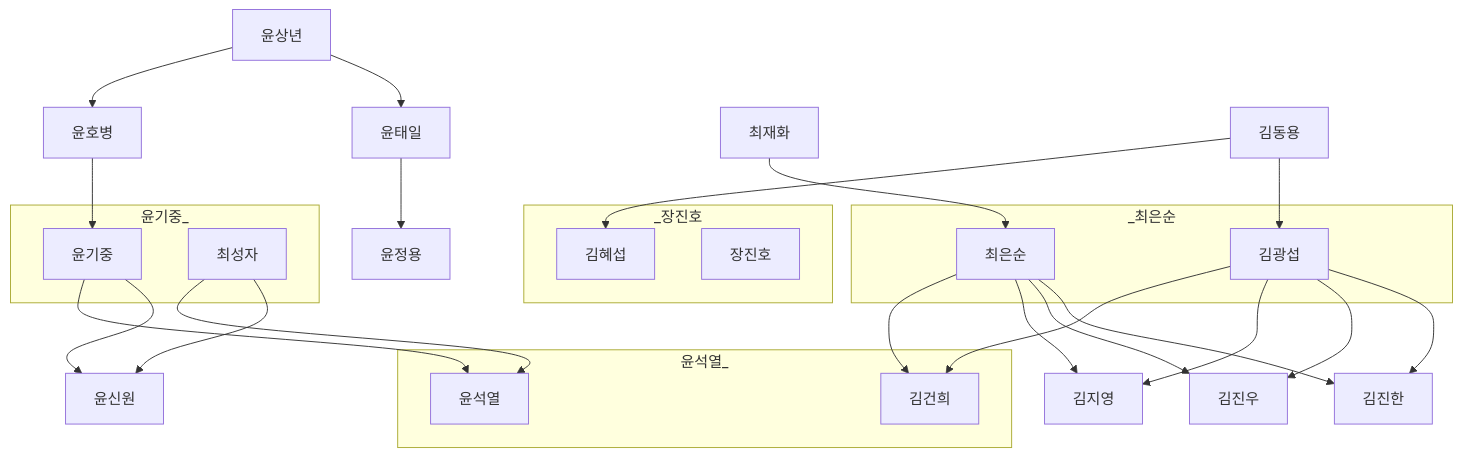
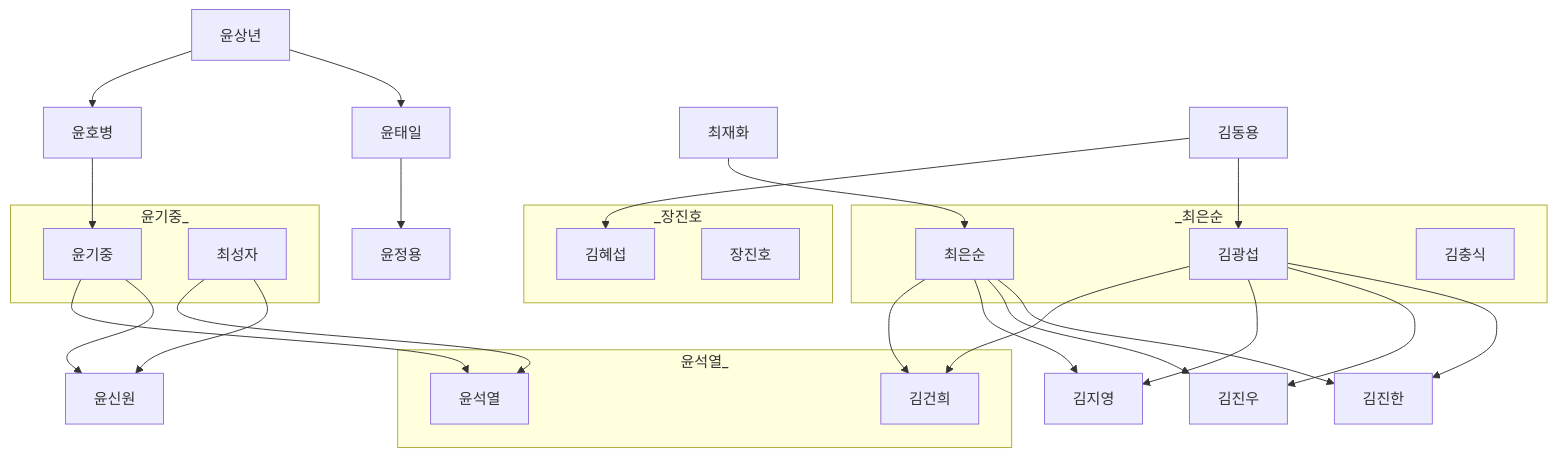
One commit to daewonyoon/historigram changed the diagram in 한국사/윤석열.md. Above: the diagram before and after it, drawn with Mermaid. The commit also changed 1 other file, not shown here.

Commit message:
업데이트

````diff
--- a/한국사/윤석열.md
+++ b/한국사/윤석열.md
@@ -1,50 +1,52 @@
 ```mermaid
 graph TB
 
 윤상년 --> 윤호병 --> 윤기중
 윤상년 --> 윤태일 --> 윤정용
 
 윤기중 --> 윤석열
 최성자 --> 윤석열
 
 윤기중 --> 윤신원
 최성자 --> 윤신원
 
 subgraph 윤기중_
     윤기중
     최성자
 end
 
 subgraph 윤석열_
     윤석열 
     김건희
 end
 
 김광섭 --> 김건희
 최은순 --> 김건희
 
 
+
 김광섭 --> 김지영
 최은순 --> 김지영
 
 김광섭 --> 김진우
 최재화 --> 최은순 --> 김진우
 
 김광섭 --> 김진한
 최은순 --> 김진한
 
 
 subgraph _최은순
     최은순
     김광섭
+    김충식
 end
 
 김동용 --> 김혜섭 
 김동용 --> 김광섭
 
 
 subgraph _장진호
     김혜섭
     장진호
 end
 ```
````
